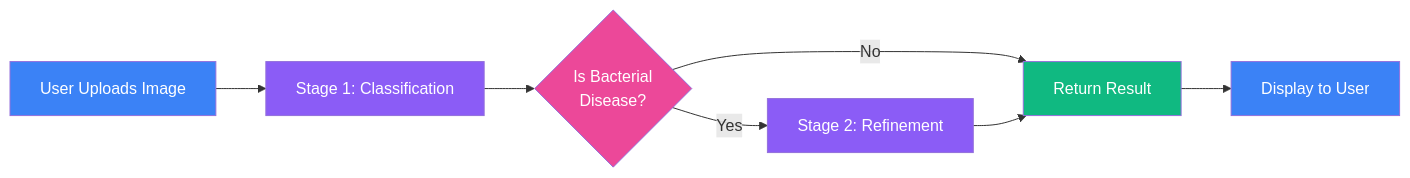
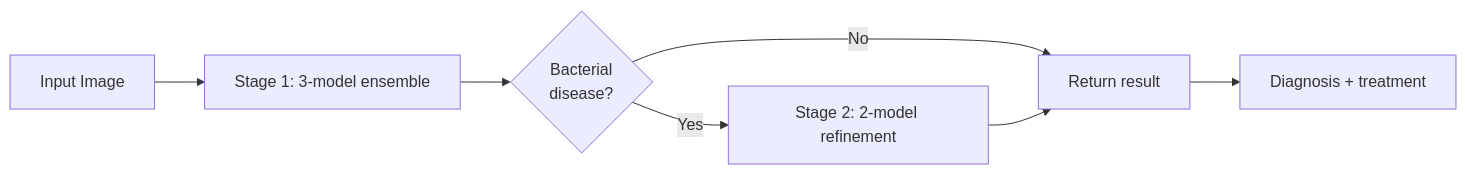
Before and after one commit to AnuragPandey19/Rice-Disease-Detector: the diagram in README.md, drawn with Mermaid. The commit also changed other lines of this file, not shown here.

````diff
--- a/README.md
+++ b/README.md
@@ -108,16 +51,9 @@
 ```mermaid
 graph LR
-    A[User Uploads Image] --> B[Stage 1: Classification]
-    B --> C{Is Bacterial<br/>Disease?}
-    C -->|Yes| D[Stage 2: Refinement]
-    C -->|No| E[Return Result]
+    A[Input Image] --> B[Stage 1: 3-model ensemble]
+    B --> C{Bacterial<br/>disease?}
+    C -->|Yes| D[Stage 2: 2-model refinement]
+    C -->|No| E[Return result]
     D --> E
-    E --> F[Display to User]
-    
-    style A fill:#3b82f6,color:#fff
-    style B fill:#8b5cf6,color:#fff
-    style C fill:#ec4899,color:#fff
-    style D fill:#8b5cf6,color:#fff
-    style E fill:#10b981,color:#fff
-    style F fill:#3b82f6,color:#fff
+    E --> F[Diagnosis + treatment]
 ```
````
